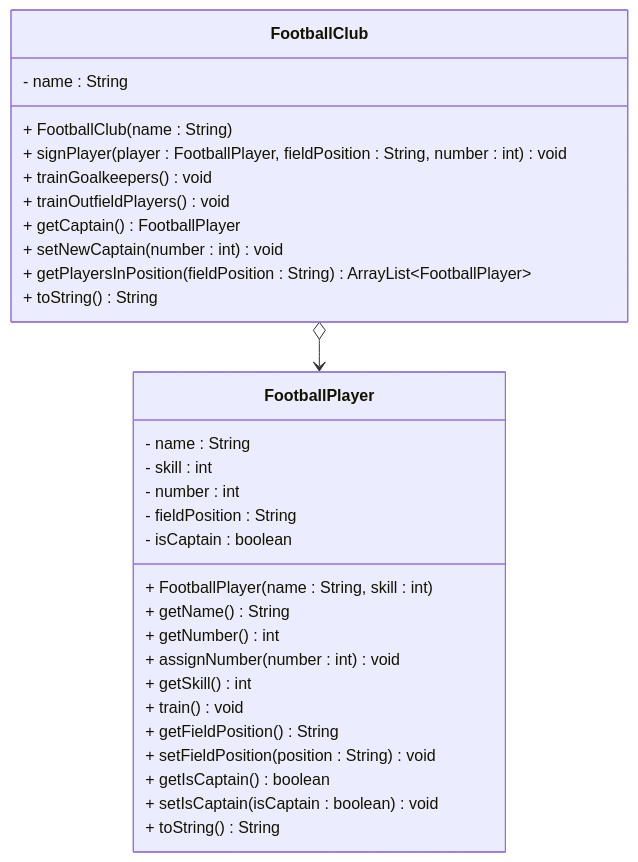
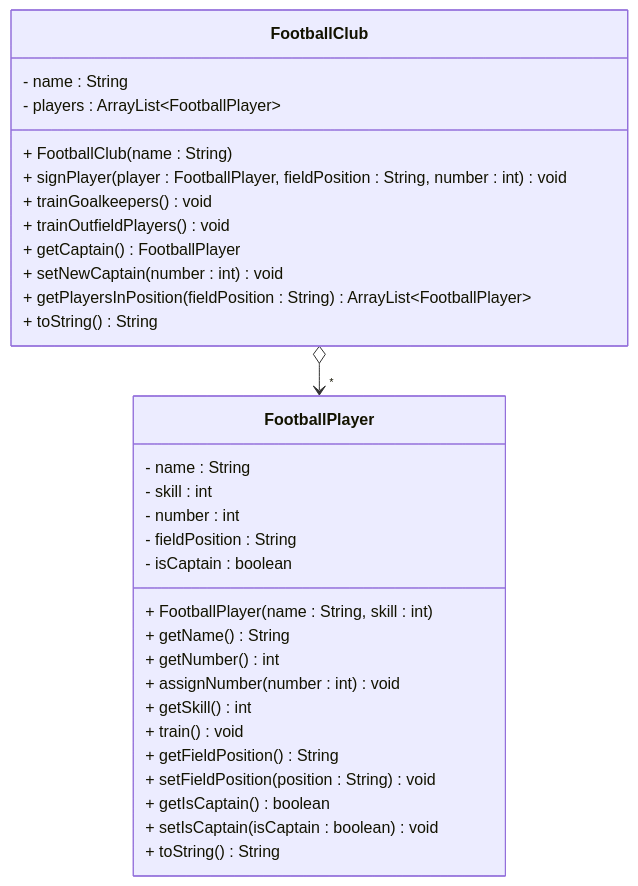
One commit to TroelsMortensen/Codelabs2 changed the diagram in Articles/Session 16 - Test/002 Exercises.md. Above: the diagram before and after it, drawn with Mermaid. The commit also changed other lines of this file and 10 other files, not shown here.

````diff
--- a/Articles/Session 16 - Test/002 Exercises.md
+++ b/Articles/Session 16 - Test/002 Exercises.md
@@ -24,35 +24,36 @@
 ```mermaid
 classDiagram
     class FootballClub {
         - name : String
+        - players : ArrayList~FootballPlayer~
         + FootballClub(name : String)
         + signPlayer(player : FootballPlayer, fieldPosition : String, number : int) void
         + trainGoalkeepers() void
         + trainOutfieldPlayers() void
         + getCaptain() FootballPlayer
         + setNewCaptain(number : int) void
         + getPlayersInPosition(fieldPosition : String) ArrayList~FootballPlayer~
         + toString() String
     }
     
     class FootballPlayer {
         - name : String
         - skill : int
         - number : int
         - fieldPosition : String
         - isCaptain : boolean
         + FootballPlayer(name : String, skill : int)
         + getName() String
         + getNumber() int
         + assignNumber(number : int) void
         + getSkill() int
         + train() void
         + getFieldPosition() String
         + setFieldPosition(position : String) void
         + getIsCaptain() boolean
         + setIsCaptain(isCaptain : boolean) void
         + toString() String
     }
     
-    FootballClub o--> FootballPlayer
+    FootballClub o--> "*" FootballPlayer
 ```
````
